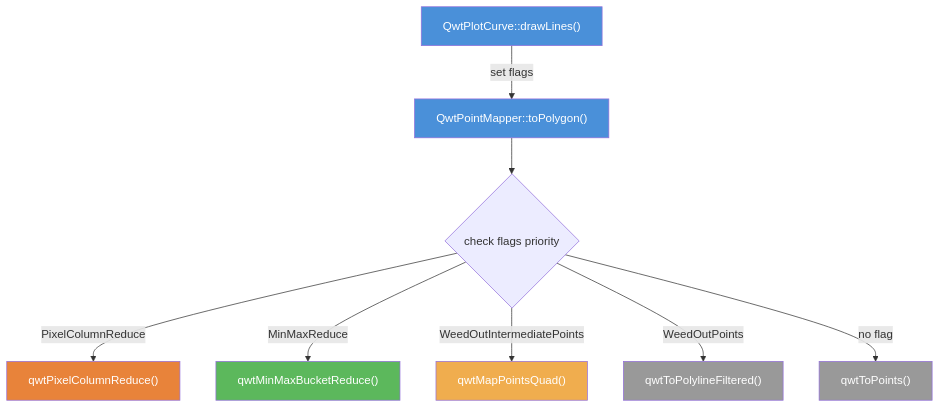
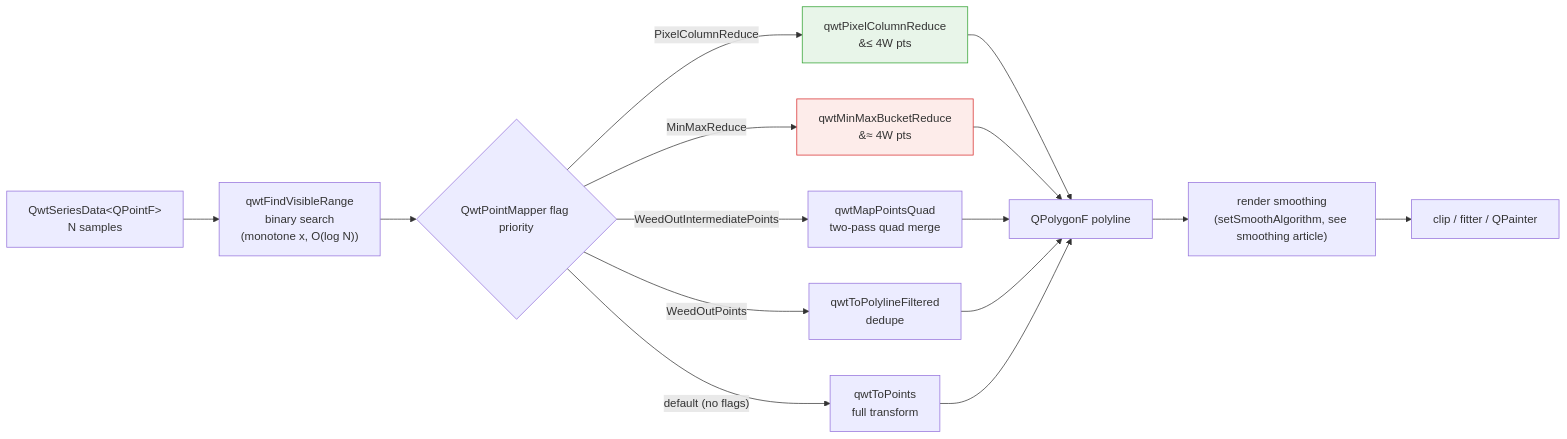
One commit to czyt1988/QWT changed the first of 3 diagrams in docs/use-guide/curve-downsampling.md. Above: the diagram before and after it, drawn with Mermaid. The commit also changed other lines of this file and 20 other files, not shown here.

````diff
--- a/docs/use-guide/curve-downsampling.md
+++ b/docs/use-guide/curve-downsampling.md
@@ -11,18 +270,20 @@
 ```mermaid
-flowchart TD
-    A["QwtPlotCurve::drawLines()"] -->|set flags| B["QwtPointMapper::toPolygon()"]
-    B --> C{check flags priority}
-    C -->|PixelColumnReduce| D["qwtPixelColumnReduce()"]
-    C -->|MinMaxReduce| E["qwtMinMaxBucketReduce()"]
-    C -->|WeedOutIntermediatePoints| F["qwtMapPointsQuad()"]
-    C -->|WeedOutPoints| G["qwtToPolylineFiltered()"]
-    C -->|no flag| H["qwtToPoints()"]
+flowchart LR
+    A["QwtSeriesData&lt;QPointF&gt;<br/>N samples"] --> B["qwtFindVisibleRange<br/>binary search<br/>(monotone x, O(log N))"]
+    B --> C{"QwtPointMapper flag priority"}
+    C -->|"PixelColumnReduce"| D["qwtPixelColumnReduce<br/>&#8804; 4W pts"]
+    C -->|"MinMaxReduce"| E["qwtMinMaxBucketReduce<br/>&#8776; 4W pts"]
+    C -->|"WeedOutIntermediatePoints"| F["qwtMapPointsQuad<br/>two-pass quad merge"]
+    C -->|"WeedOutPoints"| G["qwtToPolylineFiltered<br/>dedupe"]
+    C -->|"default (no flags)"| H["qwtToPoints<br/>full transform"]
+    D --> I["QPolygonF polyline"]
+    E --> I
+    F --> I
+    G --> I
+    H --> I
+    I --> J["render smoothing<br/>(setSmoothAlgorithm, see smoothing article)"]
+    J --> K["clip / fitter / QPainter"]
 
-    style A fill:#4a90d9,color:#fff
-    style B fill:#4a90d9,color:#fff
-    style D fill:#e8833a,color:#fff
-    style E fill:#5cb85c,color:#fff
-    style F fill:#f0ad4e,color:#fff
-    style G fill:#999,color:#fff
-    style H fill:#999,color:#fff
+    style E fill:#fdecea,stroke:#d62728
+    style D fill:#e8f5e9,stroke:#2ca02c
 ```
````
